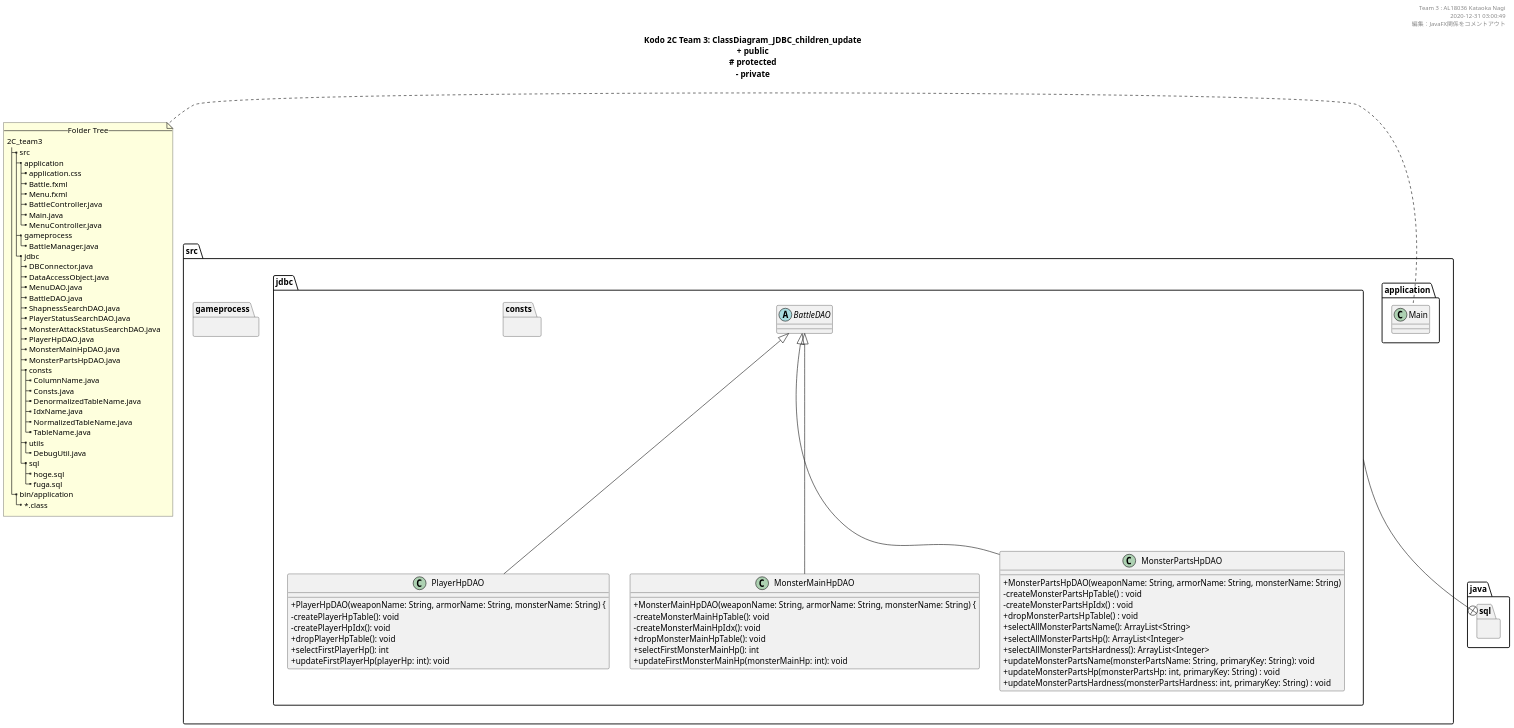
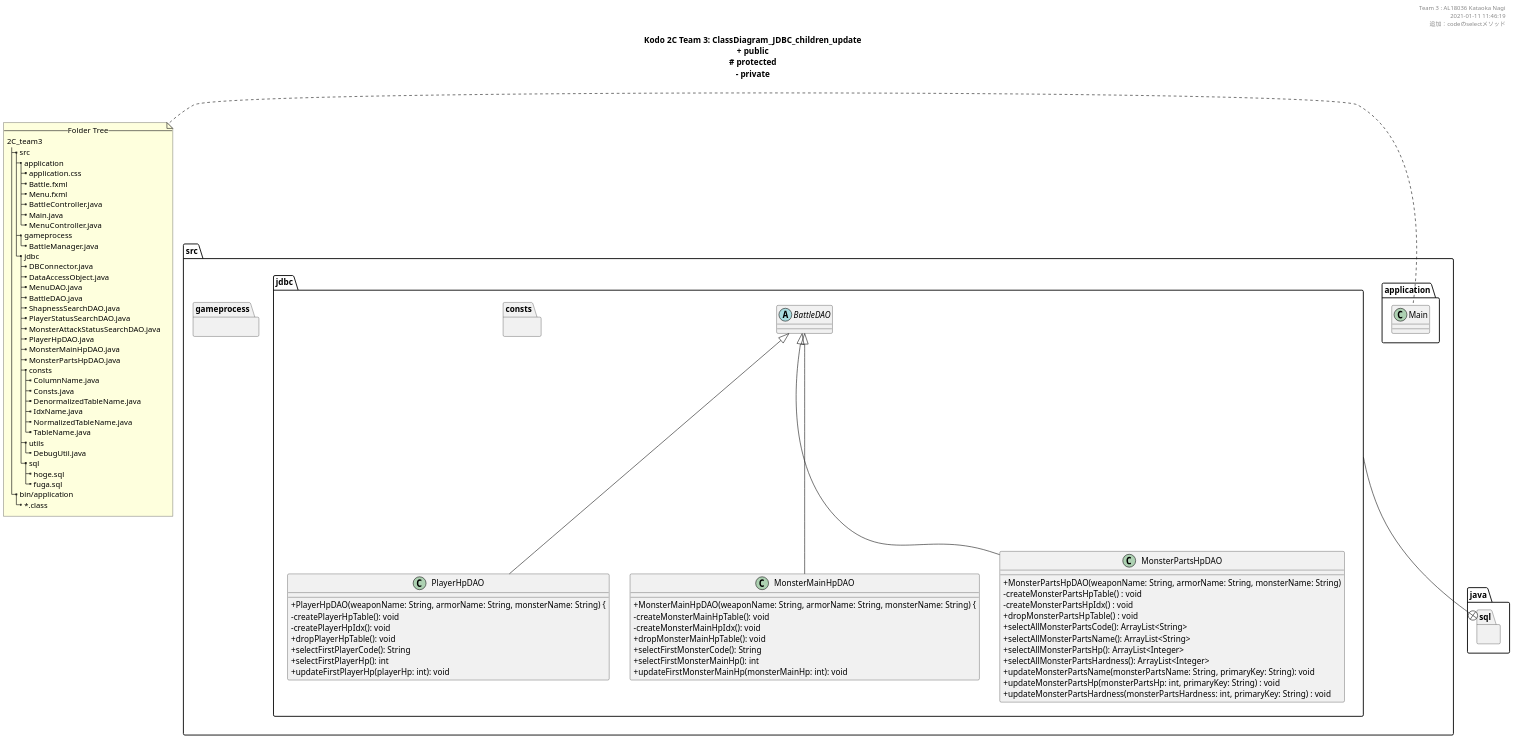
The diagram in uml/ClassDiagram_JDBC_children_update.pu (KataokaNagi/2C_team3), drawn with PlantUML before and after one commit. The commit also changed other lines of this file and 3 other files, not shown here.

Commit message:
クラス図：codeのselectメソッドの追加

```diff
--- a/uml/ClassDiagram_JDBC_children_update.pu
+++ b/uml/ClassDiagram_JDBC_children_update.pu
@@ -14,179 +14,182 @@
 @startuml ./out/ClassDiagram_JDBC_children_update.png
 scale 1.5
 skinparam DefaultFontName メイリオ
 ' 可視性の変更
 skinparam classAttributeIconSize 0
 
 ''''''''''''''''''''''''''''''''''''''''''''''''''
 
 header 
 Team 3 : AL18036 Kataoka Nagi
-2020-12-31 03:00:49
-編集：JavaFX関係をコメントアウト
+2021-01-11 11:46:19
+追加：codeのselectメソッド
 end header
 
 ''''''''''''''''''''''''''''''''''''''''''''''''''
 
 title
 **Kodo 2C Team 3: ClassDiagram_JDBC_children_update**
 + public
 ~# protected
 ~- private
 end title
 ' __static__
 
 ''''''''''''''''''''''''''''''''''''''''''''''''''''''''''''''''''''''''''''''''
 
 package src {
   package src.application {
     class Main
   }
   package src.gameprocess {
   }
   package src.jdbc {
   }
 }
 
 ''''''''''''''''''''''''''''''''''''''''''''''''''''''''''''''''''''''''''''''''
 
 note left
   --Folder Tree--
   2C_team3
   |_ src
     |_ application
       |_ application.css
       |_ Battle.fxml
       |_ Menu.fxml
       |_ BattleController.java
       |_ Main.java
       |_ MenuController.java
     |_ gameprocess
       |_ BattleManager.java
     |_ jdbc
       |_ DBConnector.java
       |_ DataAccessObject.java
       |_ MenuDAO.java
       |_ BattleDAO.java
       |_ ShapnessSearchDAO.java
       |_ PlayerStatusSearchDAO.java
       |_ MonsterAttackStatusSearchDAO.java
       |_ PlayerHpDAO.java
       |_ MonsterMainHpDAO.java
       |_ MonsterPartsHpDAO.java
       |_ consts
         |_ ColumnName.java
         |_ Consts.java
         |_ DenormalizedTableName.java
         |_ IdxName.java
         |_ NormalizedTableName.java
         |_ TableName.java
       |_ utils
         |_ DebugUtil.java
       |_ sql
         |_ hoge.sql
         |_ fuga.sql
   |_ bin/application
     |_ ~*.class
 end note
 
 ''''''''''''''''''''''''''''''''''''''''''''''''''''''''''''''''''''''''''''''''
 
 package java.sql {
 }
 
 ' package javafx {
 '   class Application
 '   Interface Initializable
 ' }
 
 package src.jdbc {
   package src.jdbc.consts {
   }
 }
 
 src.jdbc --+ java.sql
 ' src.application --+ javafx
 
 ''''''''''''''''''''''''''''''''''''''''''''''''''
 
 ' @note クラスの命名規則
 ' @see  https://qiita.com/KeithYokoma/items/ee21fec6a3ebb5d1e9a8
 
 package src.application {
 }
 
 ' 記事のクラス
   ' class ApplicationController extends Initializable {
   '   - dropDown: ChoiceBox<String>
   '   - textBox: TextField
   '   - button: Button
 
   '   + initialize(location: URL, resources: ResourceBundle): void
   '   + onClick(event: ActionEvent): void
   '   + getToolType(): ChoiceBox<String>
   '   + setToolType(toolType: ChoiceBox<String>): void
   '   + getInputFile(): TextField
   '   + setInputFile(textBox: TextField): void
   '   + getReference(): Button
   '   + setReference(button: Button): void
   ' }
 
 
 ''''''''''''''''''''''''''''''''''''''''''''''''''
 
 package src.gameprocess {
 }
 
 ''''''''''''''''''''''''''''''''''''''''''''''''''
 
 package src.jdbc {
   ' @note DAO pattern
   ' @see https://kanda-it-school-kensyu.com/java-jdbc-contents/jj_ch04/jj_0401/
 
   abstract class BattleDAO {
   }
 
   class PlayerHpDAO extends BattleDAO {
     ' - TABLE_NAME: final String
     ' - PRIMARY_KEY_COLUMN_NAME: final String
 
     + PlayerHpDAO(weaponName: String, armorName: String, monsterName: String) {
     - createPlayerHpTable(): void
     - createPlayerHpIdx(): void
     + dropPlayerHpTable(): void
+    + selectFirstPlayerCode(): String
     + selectFirstPlayerHp(): int
     + updateFirstPlayerHp(playerHp: int): void
   }
 
   class MonsterMainHpDAO extends BattleDAO {
     ' - TABLE_NAME: final String
     ' - PRIMARY_KEY_COLUMN_NAME: final String
 
     + MonsterMainHpDAO(weaponName: String, armorName: String, monsterName: String) {
     - createMonsterMainHpTable(): void
     - createMonsterMainHpIdx(): void
     + dropMonsterMainHpTable(): void
+    + selectFirstMonsterCode(): String
     + selectFirstMonsterMainHp(): int
     + updateFirstMonsterMainHp(monsterMainHp: int): void
   }
 
   class MonsterPartsHpDAO extends BattleDAO {
     ' - TABLE_NAME: final String
     ' - PRIMARY_KEY_COLUMN_NAME: final String
 
     + MonsterPartsHpDAO(weaponName: String, armorName: String, monsterName: String)
     - createMonsterPartsHpTable() : void
     - createMonsterPartsHpIdx() : void
     + dropMonsterPartsHpTable() : void
+    + selectAllMonsterPartsCode(): ArrayList<String>
     + selectAllMonsterPartsName(): ArrayList<String>
     + selectAllMonsterPartsHp(): ArrayList<Integer>
     + selectAllMonsterPartsHardness(): ArrayList<Integer>
     + updateMonsterPartsName(monsterPartsName: String, primaryKey: String): void
     + updateMonsterPartsHp(monsterPartsHp: int, primaryKey: String) : void
     + updateMonsterPartsHardness(monsterPartsHardness: int, primaryKey: String) : void
   }
 }
 
 ''''''''''''''''''''''''''''''''''''''''''''''''''''''''''''''''''''''''''''''''
 
 @enduml
```
